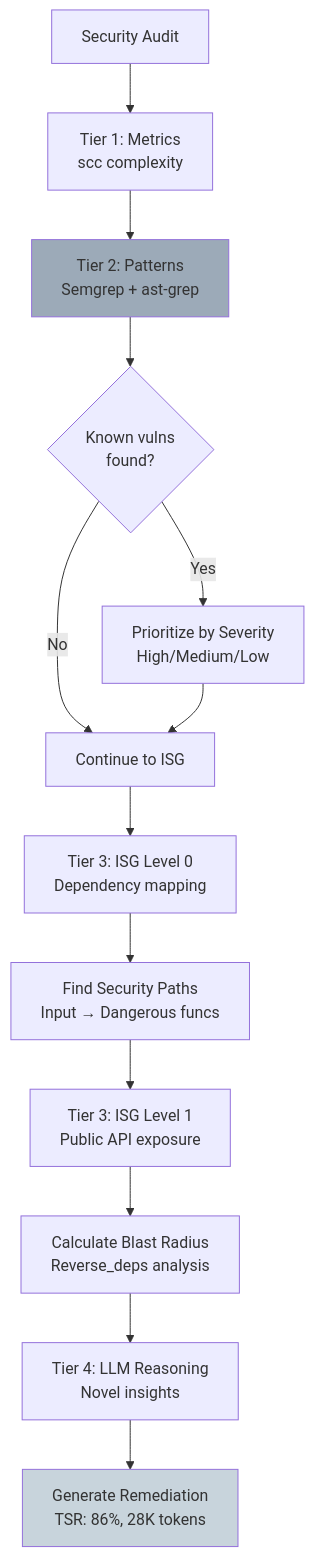
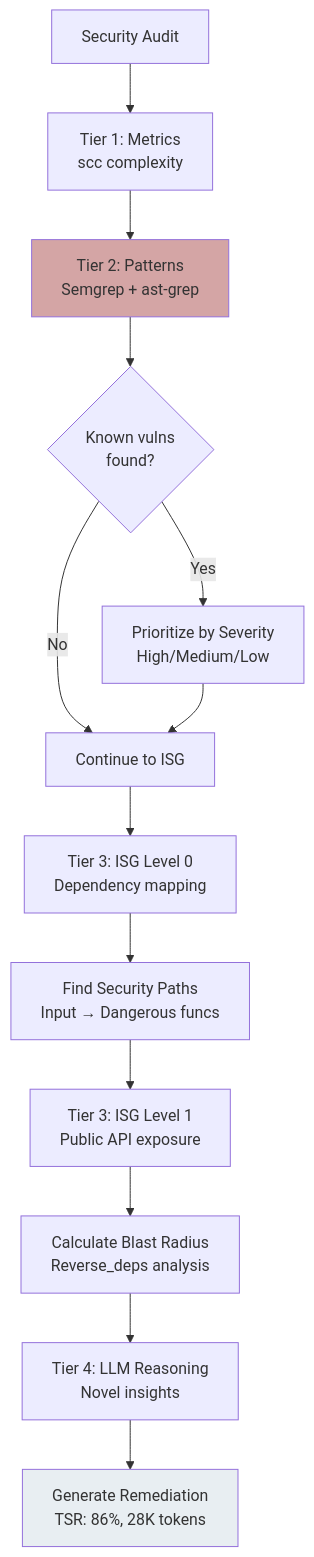
Before and after one commit to that-in-rust/parseltongue: the sixth of 8 diagrams in .claude/parseltongue-ultrathink.md, drawn with Mermaid. The commit also changed other lines of this file, not shown here.

````diff
--- a/.claude/parseltongue-ultrathink.md
+++ b/.claude/parseltongue-ultrathink.md
@@ -678,18 +678,18 @@
   ```mermaid
   flowchart TD
       A[Security Audit] --> B[Tier 1: Metrics<br/>scc complexity]
       B --> C[Tier 2: Patterns<br/>Semgrep + ast-grep]
       C --> D{Known vulns<br/>found?}
       D -->|Yes| E[Prioritize by Severity<br/>High/Medium/Low]
       D -->|No| F[Continue to ISG]
       E --> F
       F --> G[Tier 3: ISG Level 0<br/>Dependency mapping]
       G --> H[Find Security Paths<br/>Input → Dangerous funcs]
       H --> I[Tier 3: ISG Level 1<br/>Public API exposure]
       I --> J[Calculate Blast Radius<br/>Reverse_deps analysis]
       J --> K[Tier 4: LLM Reasoning<br/>Novel insights]
       K --> L[Generate Remediation<br/>TSR: 86%, 28K tokens]
 
-      style C fill:#9CAAB8
-      style L fill:#C8D4DC
+      style C fill:#D4A5A5
+      style L fill:#E8EEF2
   ```
````
